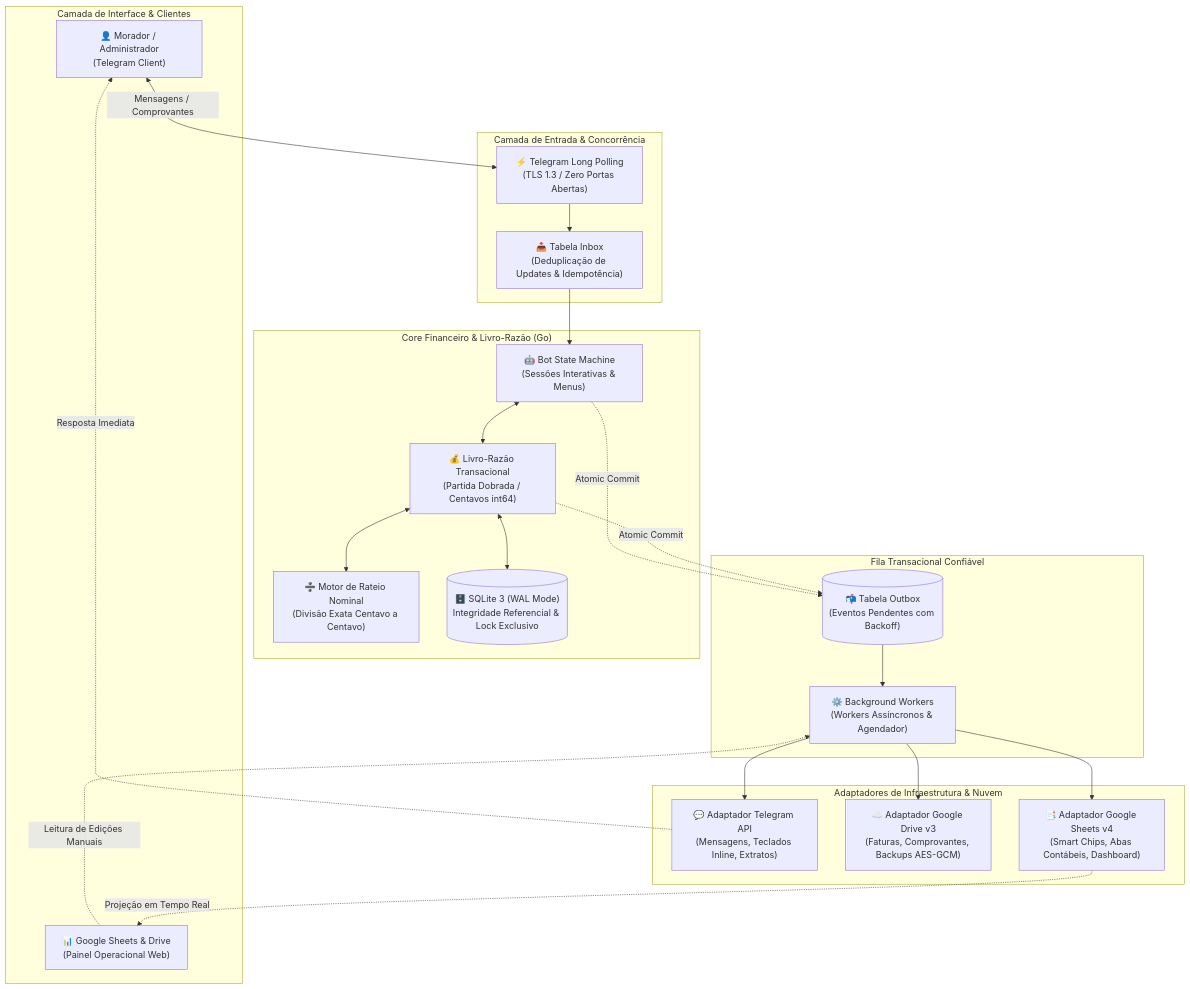
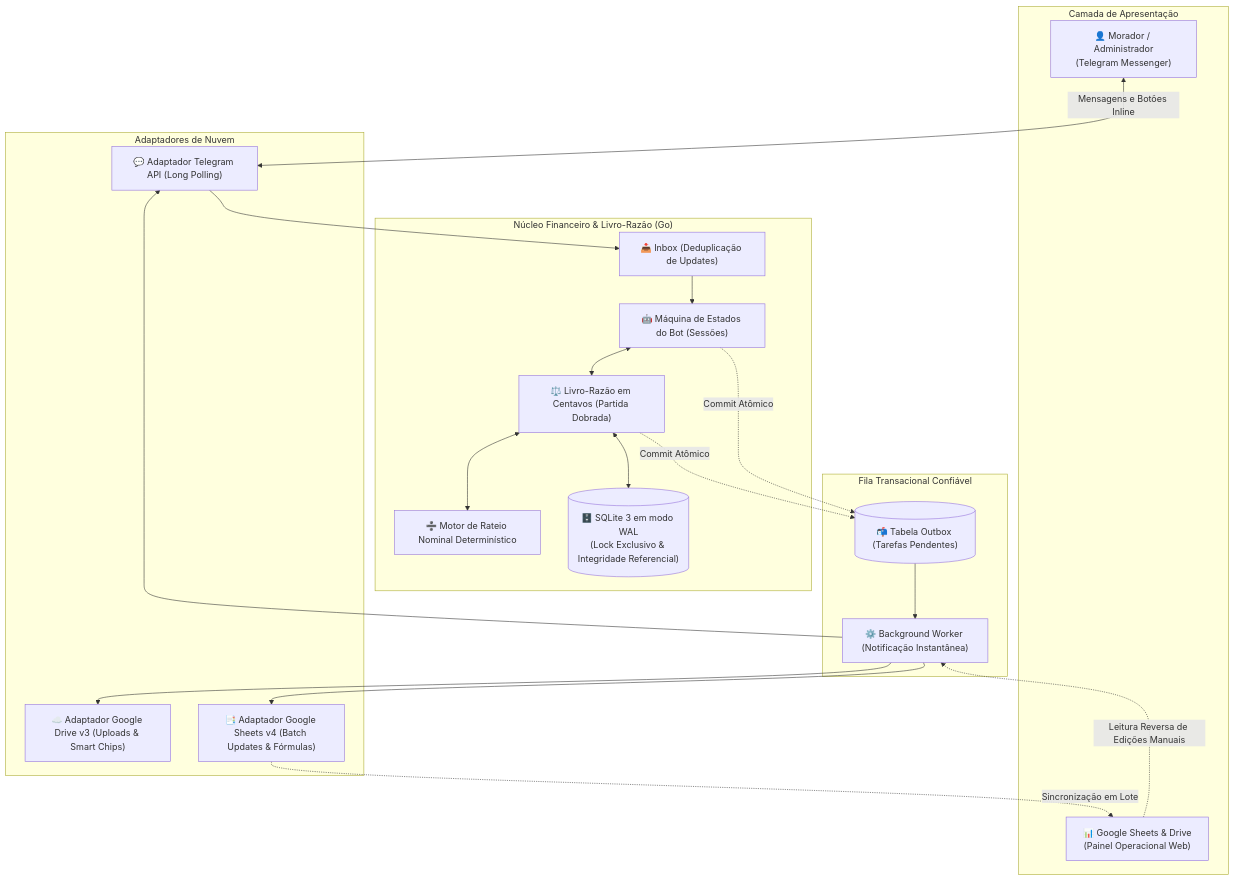
The diagram in README.md (thgyuji/repcontrol-showcase), drawn with Mermaid before and after one commit. The commit also changed other lines of this file, not shown here.

Commit message:
Atualiza showroom técnico com novas funcionalidades, cartões monoespaçados e dashboard

````diff
--- a/README.md
+++ b/README.md
@@ -33,50 +36,45 @@
 ```mermaid
 flowchart TD
-    subgraph ClientLayer["Camada de Interface & Clientes"]
-        UserTG["👤 Morador / Administrador\n(Telegram Client)"]
-        GSheet["📊 Google Sheets & Drive\n(Painel Operacional Web)"]
+    subgraph ClientLayer["Camada de Apresentação"]
+        TGUser["👤 Morador / Administrador\n(Telegram Messenger)"]
+        GSheets["📊 Google Sheets & Drive\n(Painel Operacional Web)"]
     end
 
-    subgraph Ingestion["Camada de Entrada & Concorrência"]
-        Poller["⚡ Telegram Long Polling\n(TLS 1.3 / Zero Portas Abertas)"]
-        InboxDedupe["📥 Tabela Inbox\n(Deduplicação de Updates & Idempotência)"]
-    end
-
-    subgraph CoreEngine["Core Financeiro & Livro-Razão (Go)"]
-        FSM["🤖 Bot State Machine\n(Sessões Interativas & Menus)"]
-        Ledger["💰 Livro-Razão Transacional\n(Partida Dobrada / Centavos int64)"]
-        SplitEngine["➗ Motor de Rateio Nominal\n(Divisão Exata Centavo a Centavo)"]
-        SQLiteDB[("🗄️ SQLite 3 (WAL Mode)\nIntegridade Referencial & Lock Exclusivo")]
+    subgraph CoreEngine["Núcleo Financeiro & Livro-Razão (Go)"]
+        Inbox["📥 Inbox (Deduplicação de Updates)"]
+        FSM["🤖 Máquina de Estados do Bot (Sessões)"]
+        Ledger["⚖️ Livro-Razão em Centavos (Partida Dobrada)"]
+        Split["➗ Motor de Rateio Nominal Determinístico"]
+        SQLite[("🗄️ SQLite 3 em modo WAL\n(Lock Exclusivo & Integridade Referencial)")]
     end
 
     subgraph OutboxLayer["Fila Transacional Confiável"]
-        OutboxTable[("📬 Tabela Outbox\n(Eventos Pendentes com Backoff)")]
-        WorkerPool["⚙️ Background Workers\n(Workers Assíncronos & Agendador)"]
+        OutboxTable[("📬 Tabela Outbox (Tarefas Pendentes)")]
+        Worker["⚙️ Background Worker (Notificação Instantânea)"]
     end
 
-    subgraph ExternalAdapters["Adaptadores de Infraestrutura & Nuvem"]
-        TGAdapter["💬 Adaptador Telegram API\n(Mensagens, Teclados Inline, Extratos)"]
-        DriveAdapter["☁️ Adaptador Google Drive v3\n(Faturas, Comprovantes, Backups AES-GCM)"]
-        SheetsAdapter["📑 Adaptador Google Sheets v4\n(Smart Chips, Abas Contábeis, Dashboard)"]
+    subgraph ExternalAdapters["Adaptadores de Nuvem"]
+        TGAdapter["💬 Adaptador Telegram API (Long Polling)"]
+        DriveAdapter["☁️ Adaptador Google Drive v3 (Uploads & Smart Chips)"]
+        SheetsAdapter["📑 Adaptador Google Sheets v4 (Batch Updates & Fórmulas)"]
     end
 
-    UserTG <-->|Mensagens / Comprovantes| Poller
-    Poller --> InboxDedupe
-    InboxDedupe --> FSM
+    TGUser <-->|Mensagens e Botões Inline| TGAdapter
+    TGAdapter --> Inbox
+    Inbox --> FSM
     FSM <--> Ledger
-    Ledger <--> SplitEngine
-    Ledger <--> SQLiteDB
+    Ledger <--> Split
+    Ledger <--> SQLite
     
-    %% Gravação transacional na Outbox
-    Ledger -.->|Atomic Commit| OutboxTable
-    FSM -.->|Atomic Commit| OutboxTable
+    %% Atomic Outbox Commits
+    Ledger -.->|Commit Atômico| OutboxTable
+    FSM -.->|Commit Atômico| OutboxTable
     
-    OutboxTable --> WorkerPool
-    WorkerPool --> TGAdapter
-    WorkerPool --> DriveAdapter
-    WorkerPool --> SheetsAdapter
+    OutboxTable --> Worker
+    Worker --> TGAdapter
+    Worker --> DriveAdapter
+    Worker --> SheetsAdapter
     
-    TGAdapter -.->|Resposta Imediata| UserTG
-    SheetsAdapter -.->|Projeção em Tempo Real| GSheet
-    GSheet -.->|Leitura de Edições Manuais| WorkerPool
+    SheetsAdapter -.->|Sincronização em Lote| GSheets
+    GSheets -.->|Leitura Reversa de Edições Manuais| Worker
 ```
````
